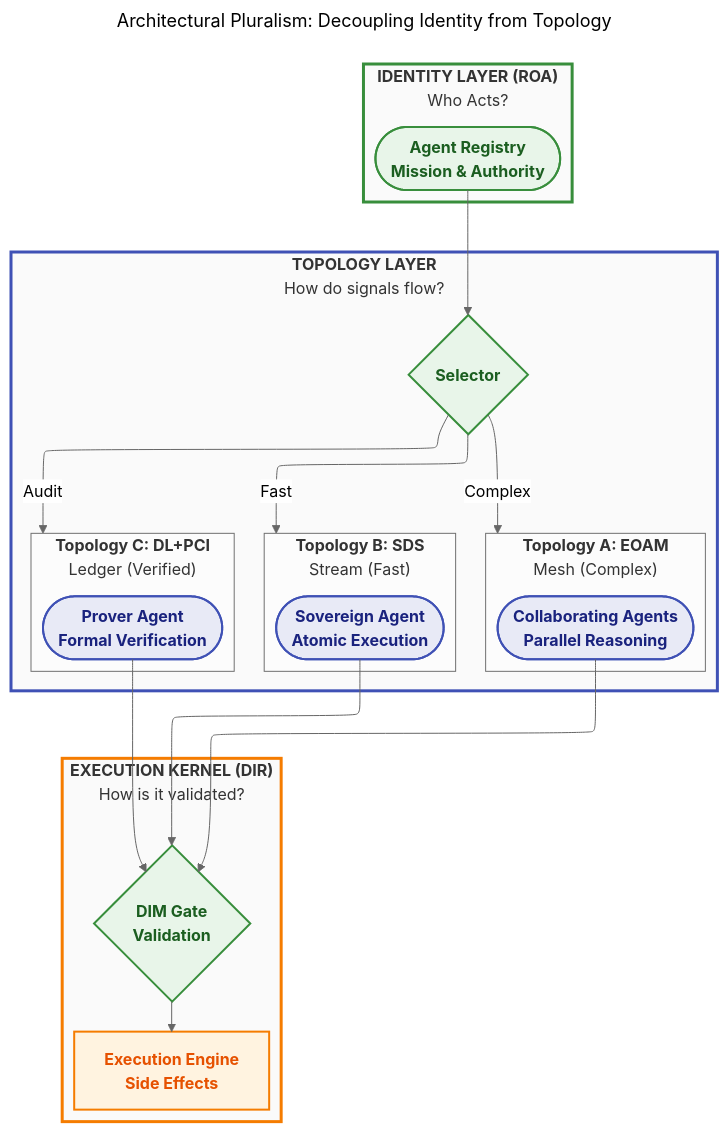
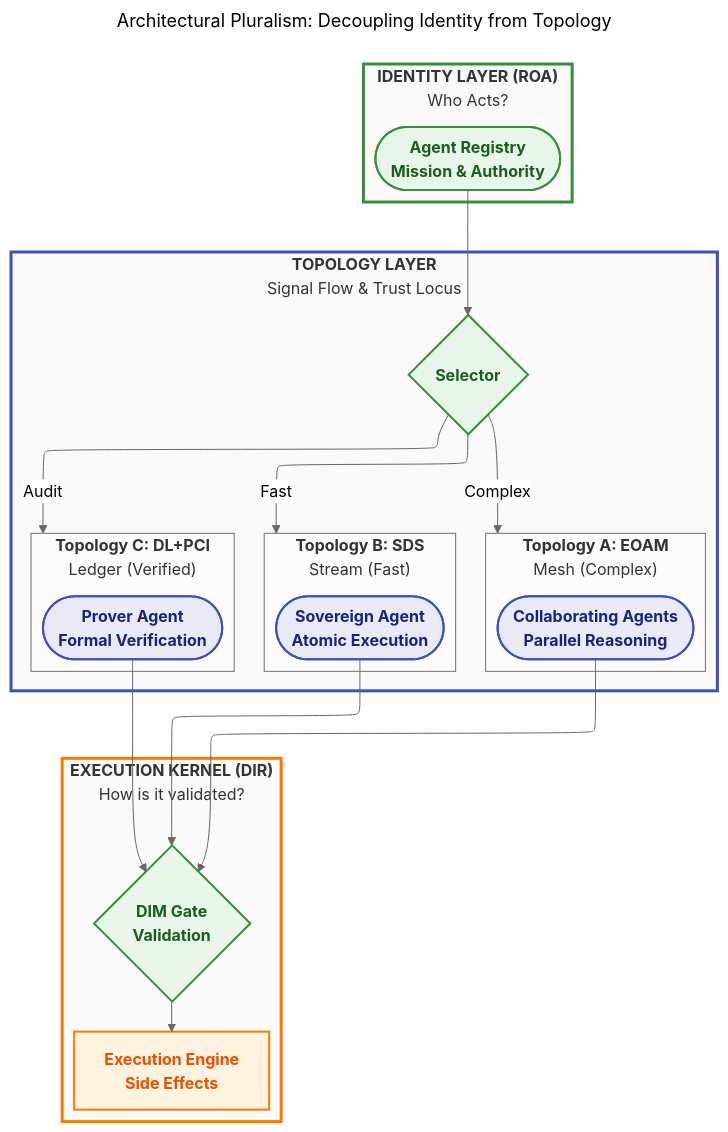
The first of 8 diagrams in docs/03-topologies/DIR_Topologies.md (huka81/decision-intelligence-runtime), drawn with Mermaid before and after one commit. The commit also changed other lines of this file and 4 other files, not shown here.

````diff
--- a/docs/03-topologies/DIR_Topologies.md
+++ b/docs/03-topologies/DIR_Topologies.md
@@ -39,54 +49,54 @@
 ```mermaid
 ---
 title: "Architectural Pluralism: Decoupling Identity from Topology"
 config:
   layout: elk
   theme: neutral
   look: classic
 ---
 flowchart TB
     classDef userSpace fill:#E8EAF6,stroke:#3F51B5,stroke-width:2px,color:#1A237E,font-weight:bold;
     classDef kernelSpace fill:#E8F5E9,stroke:#388E3C,stroke-width:2px,color:#1B5E20,font-weight:bold;
     classDef infraSpace fill:#FFF3E0,stroke:#F57C00,stroke-width:2px,color:#E65100,font-weight:bold;
 
     subgraph Identity_Layer ["`**IDENTITY LAYER (ROA)**<br/>Who Acts?`"]
         Registry(["`**Agent Registry**<br/>Mission & Authority`"]):::kernelSpace
     end
 
-    subgraph Topology_Selector ["`**TOPOLOGY LAYER**<br/>How do signals flow?`"]
+    subgraph Topology_Selector ["`**TOPOLOGY LAYER**<br/>Signal Flow & Trust Locus`"]
         direction TB
         Selector{"`**Selector**`"}:::kernelSpace
         
         subgraph EOAM ["`**Topology A: EOAM**<br/>Mesh (Complex)`"]
             MeshAgents(["`**Collaborating Agents**<br/>Parallel Reasoning`"]):::userSpace
         end
         
         subgraph SDS ["`**Topology B: SDS**<br/>Stream (Fast)`"]
             StreamAgent(["`**Sovereign Agent**<br/>Atomic Execution`"]):::userSpace
         end
 
         subgraph DL ["`**Topology C: DL+PCI**<br/>Ledger (Verified)`"]
             LedgerAgent(["`**Prover Agent**<br/>Formal Verification`"]):::userSpace
         end
     end
 
     subgraph Execution_Kernel ["`**EXECUTION KERNEL (DIR)**<br/>How is it validated?`"]
         DIM{"`**DIM Gate**<br/>Validation`"}:::kernelSpace
         Engine["`**Execution Engine**<br/>Side Effects`"]:::infraSpace
     end
 
     Registry --> Selector
     Selector -->|Complex| EOAM
     Selector -->|Fast| SDS
     Selector -->|Audit| DL
     
     MeshAgents --> DIM
     StreamAgent --> DIM
     LedgerAgent --> DIM
     
     DIM --> Engine
 
     style Identity_Layer fill:#FAFAFA,stroke:#388E3C,stroke-width:3px
     style Topology_Selector fill:#FAFAFA,stroke:#3F51B5,stroke-width:3px
     style Execution_Kernel fill:#FAFAFA,stroke:#F57C00,stroke-width:3px
 ```
````
